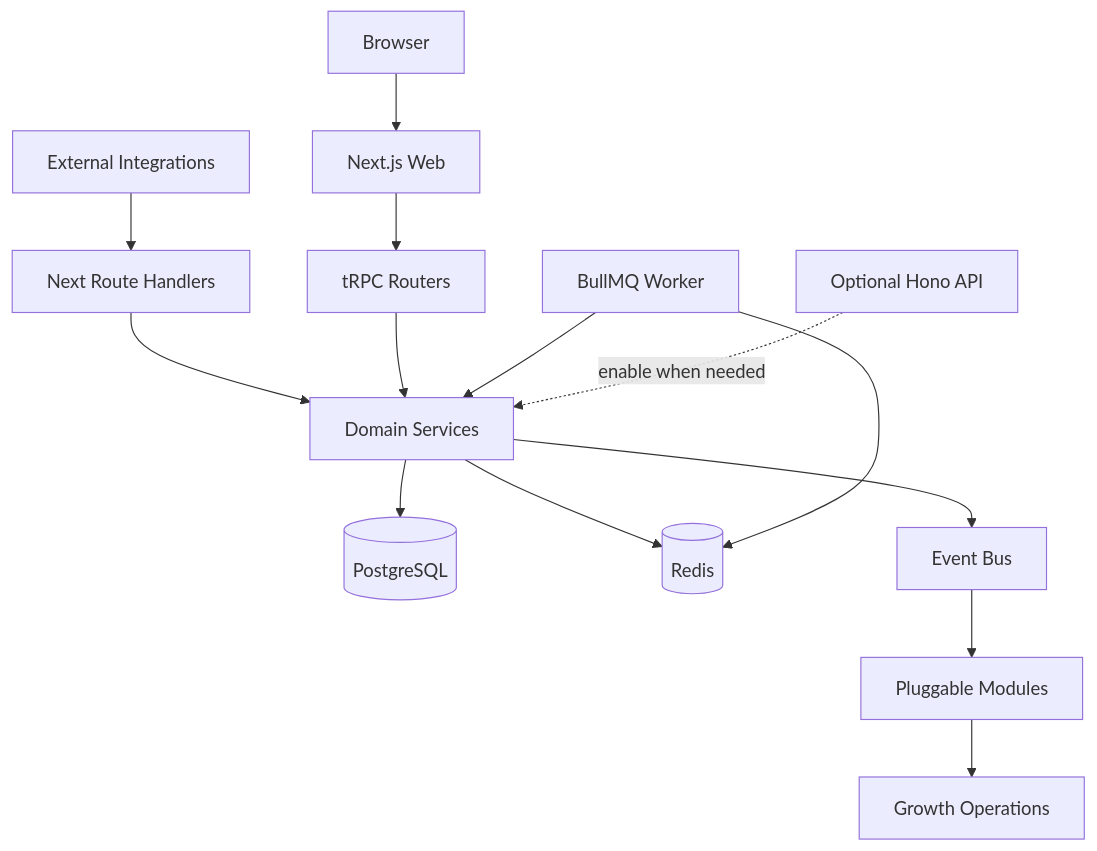
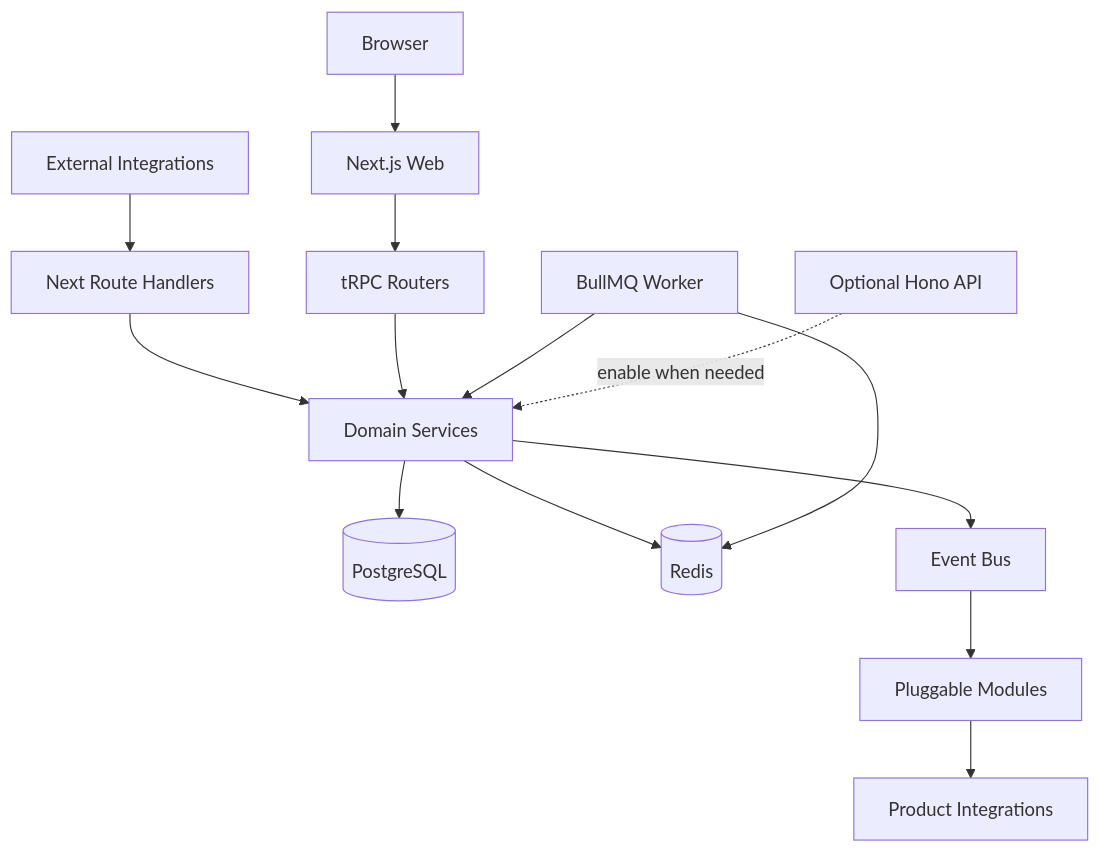
One commit to techfundoffice/velobase-harness changed the first of 2 diagrams in README.md. Above: the diagram before and after it, drawn with Mermaid. The commit also changed other lines of this file, not shown here.

````diff
--- a/README.md
+++ b/README.md
@@ -116,16 +179,16 @@
 ```mermaid
 flowchart TB
   browser[Browser] --> nextApp[Next.js Web]
   nextApp --> trpc[tRPC Routers]
   external[External Integrations] --> nextRoutes[Next Route Handlers]
   nextRoutes --> services
   trpc --> services[Domain Services]
   services --> db[(PostgreSQL)]
   services --> redis[(Redis)]
   services --> events[Event Bus]
   events --> modules[Pluggable Modules]
   worker[BullMQ Worker] --> redis
   worker --> services
-  modules --> growth[Growth Operations]
+  modules --> integrations[Product Integrations]
   hono[Optional Hono API] -. enable when needed .-> services
 ```
````
